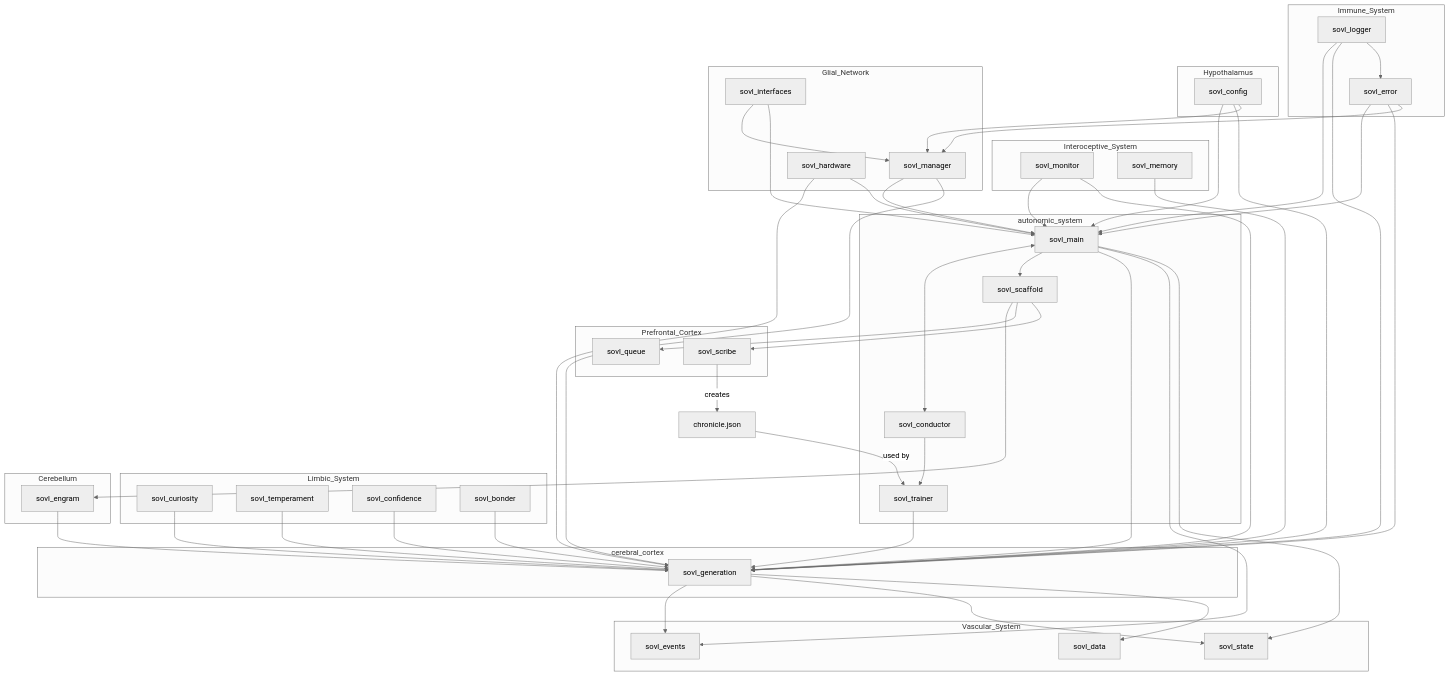
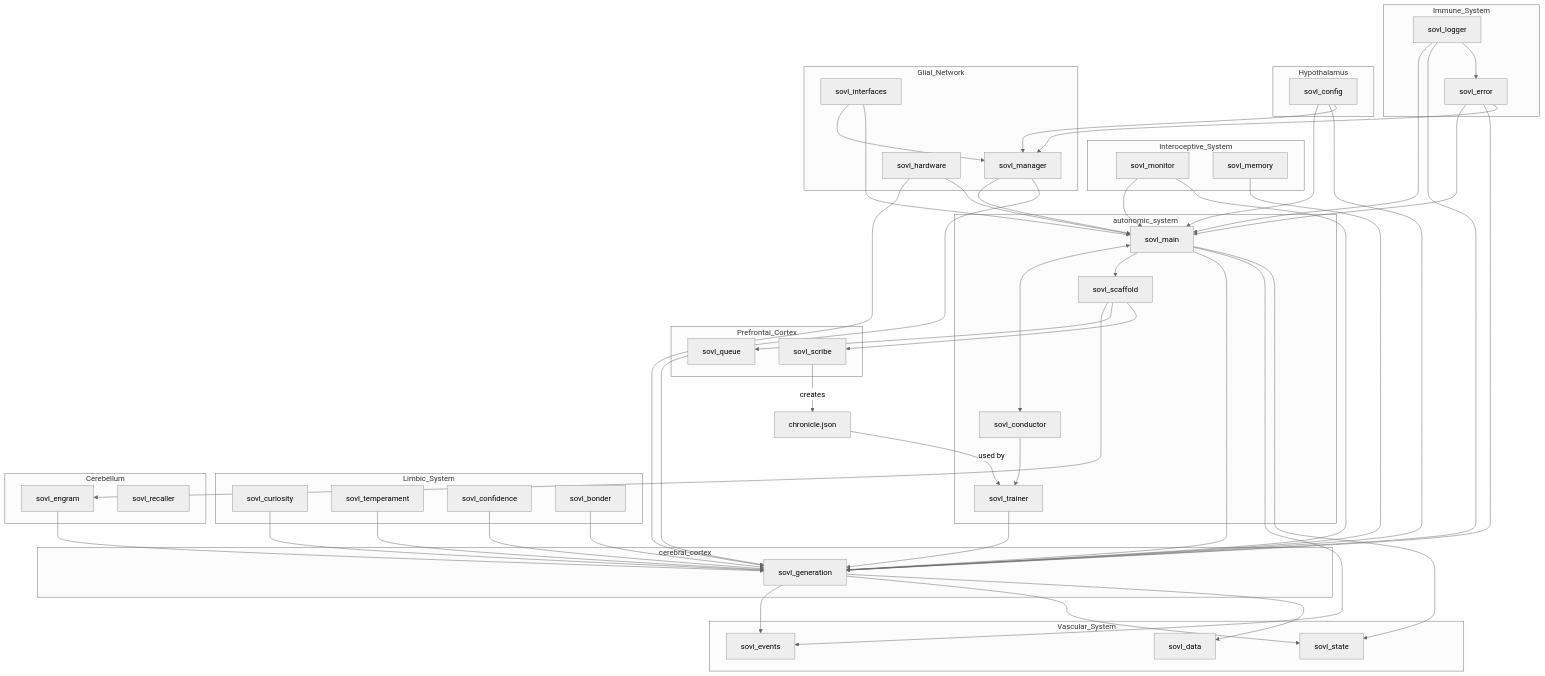
One commit to oppolla/Self-Organizing-Virtual-Lifeform changed the diagram in structure.mmd. Above: the diagram before and after it, drawn with Mermaid (neutral theme).

```diff
--- a/structure.mmd
+++ b/structure.mmd
@@ -1,127 +1,128 @@
 graph TD
     %% Autonomic System
     subgraph autonomic_system
         sovl_scaffold
         sovl_trainer
         sovl_main
         sovl_conductor
     end
 
     %% Cerebral Cortex 
     subgraph cerebral_cortex 
         sovl_generation
     end
 
     %% Prefrontal Cortex
     subgraph Prefrontal_Cortex
         sovl_queue
         sovl_scribe   
     end
 
     %% Limbic System
     subgraph Limbic_System
         sovl_curiosity
         sovl_temperament
         sovl_confidence
         sovl_bonder
     end
 
     %% Cerebellum
     subgraph Cerebellum
         sovl_scaffold
         sovl_engram
+        sovl_recaller
     end
 
     %% Vascular System
     subgraph Vascular_System
         sovl_events
         sovl_state
         sovl_data
     end
 
     %% Interoceptive System
     subgraph Interoceptive_System
         sovl_monitor
         sovl_memory
     end
 
     %% Immune System
     subgraph Immune_System
         sovl_error
         sovl_logger
     end
 
     %% Hypothalamus
     subgraph Hypothalamus
         sovl_config
     end
 
     %% Glial Network
     subgraph Glial_Network
         sovl_manager
         sovl_interfaces
         sovl_hardware
     end
 
     %% Hippocampus
     chronicle["chronicle.json"]
 
     %% Flows
     sovl_main <--> sovl_conductor
     sovl_main --> sovl_scaffold
     sovl_main --> sovl_generation
     sovl_conductor --> sovl_trainer
     sovl_scaffold --> sovl_engram
     sovl_scaffold --> sovl_queue
     sovl_scaffold --> sovl_scribe
 
     %% Limbic System flows into Heart
     sovl_curiosity --> sovl_generation
     sovl_temperament --> sovl_generation
     sovl_confidence --> sovl_generation
     sovl_bonder --> sovl_generation
 
     %% Hippocampus supports Heart
     sovl_engram --> sovl_generation
     sovl_trainer --> sovl_generation
 
     %% Chronicle data flow
     sovl_scribe -- creates --> chronicle
     chronicle -- used by --> sovl_trainer
 
     %% Vascular System connects to Heart and Neocortex
     sovl_generation --> sovl_events
     sovl_generation --> sovl_state
     sovl_generation --> sovl_data
     sovl_main --> sovl_events
     sovl_main --> sovl_state
 
     %% Sensory System reports to Neocortex and Heart
     sovl_monitor --> sovl_main
     sovl_monitor --> sovl_generation
 
     %% Immune System monitors all
     sovl_error --> sovl_main
     sovl_error --> sovl_generation
     sovl_error --> sovl_manager
 
     %% Metabolic System supports Heart and Neocortex
     sovl_hardware --> sovl_generation
     sovl_memory --> sovl_generation
     sovl_hardware --> sovl_main
 
     %% Genome configures all
     sovl_config --> sovl_main
     sovl_config --> sovl_generation
     sovl_config --> sovl_manager
 
     %% Glial Network ties together
     sovl_manager --> sovl_main
     sovl_manager --> sovl_generation
     sovl_interfaces --> sovl_manager
     sovl_interfaces --> sovl_main
 
     %% Expressive System logs for all
     sovl_logger --> sovl_main
     sovl_logger --> sovl_generation
     sovl_logger --> sovl_error
```
